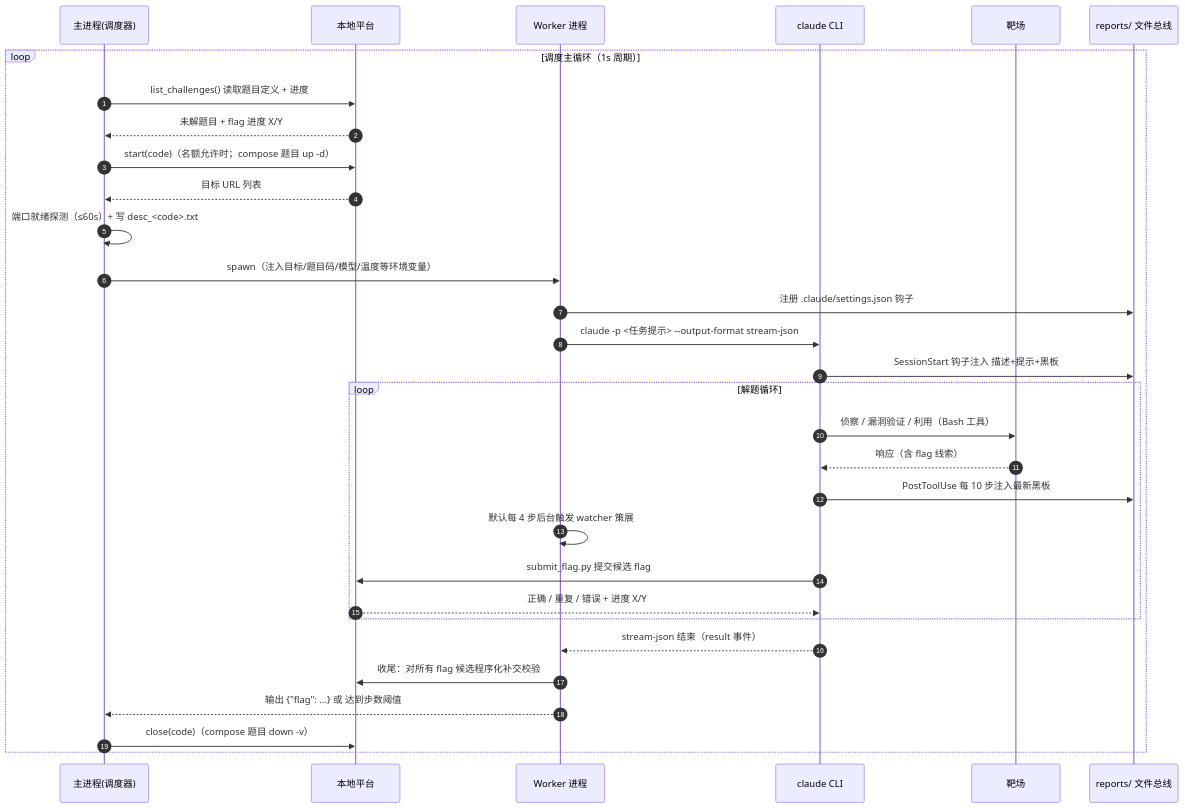
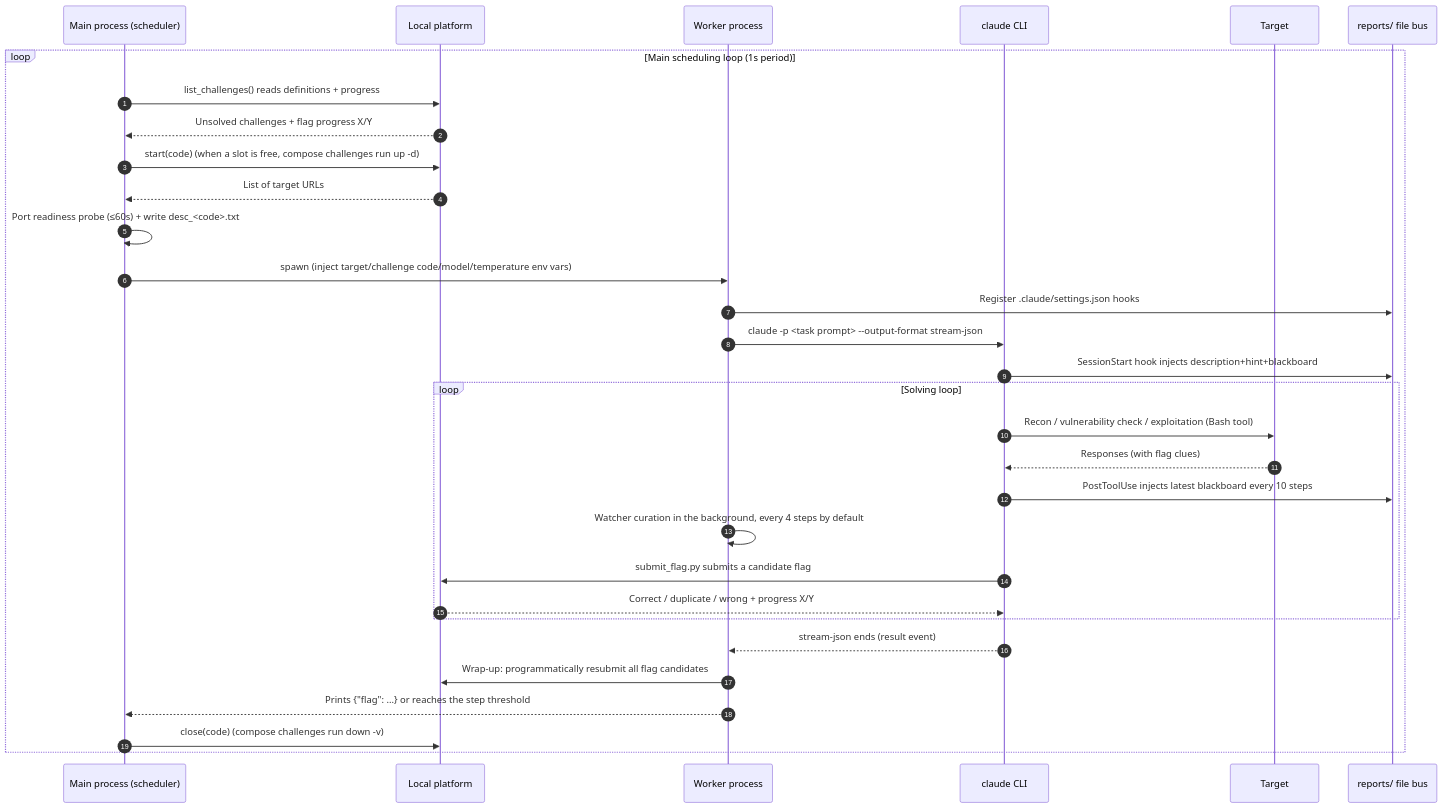
One commit to JiminLee-way/Cruiser-Agent changed the second of 8 diagrams in doc/TECHNICAL_DESIGN.md. Above: the diagram before and after it, drawn with Mermaid. The commit also changed other lines of this file and 35 other files, not shown here.

````diff
--- a/doc/TECHNICAL_DESIGN.md
+++ b/doc/TECHNICAL_DESIGN.md
@@ -154,34 +154,34 @@
 ```mermaid
 sequenceDiagram
     autonumber
-    participant M as 主进程(调度器)
-    participant P as 本地平台
-    participant W as Worker 进程
+    participant M as Main process (scheduler)
+    participant P as Local platform
+    participant W as Worker process
     participant C as claude CLI
-    participant R as 靶场
-    participant F as reports/ 文件总线
+    participant R as Target
+    participant F as reports/ file bus
 
-    loop 调度主循环（1s 周期）
-        M->>P: list_challenges() 读取题目定义 + 进度
-        P-->>M: 未解题目 + flag 进度 X/Y
-        M->>P: start(code)（名额允许时；compose 题目 up -d）
-        P-->>M: 目标 URL 列表
-        M->>M: 端口就绪探测（≤60s）+ 写 desc_<code>.txt
-        M->>W: spawn（注入目标/题目码/模型/温度等环境变量）
-        W->>F: 注册 .claude/settings.json 钩子
-        W->>C: claude -p <任务提示> --output-format stream-json
-        C->>F: SessionStart 钩子注入 描述+提示+黑板
-        loop 解题循环
-            C->>R: 侦察 / 漏洞验证 / 利用（Bash 工具）
-            R-->>C: 响应（含 flag 线索）
-            C->>F: PostToolUse 每 10 步注入最新黑板
-            W->>W: 默认每 4 步后台触发 watcher 策展
-            C->>P: submit_flag.py 提交候选 flag
-            P-->>C: 正确 / 重复 / 错误 + 进度 X/Y
+    loop Main scheduling loop (1s period)
+        M->>P: list_challenges() reads definitions + progress
+        P-->>M: Unsolved challenges + flag progress X/Y
+        M->>P: start(code) (when a slot is free, compose challenges run up -d)
+        P-->>M: List of target URLs
+        M->>M: Port readiness probe (≤60s) + write desc_<code>.txt
+        M->>W: spawn (inject target/challenge code/model/temperature env vars)
+        W->>F: Register .claude/settings.json hooks
+        W->>C: claude -p <task prompt> --output-format stream-json
+        C->>F: SessionStart hook injects description+hint+blackboard
+        loop Solving loop
+            C->>R: Recon / vulnerability check / exploitation (Bash tool)
+            R-->>C: Responses (with flag clues)
+            C->>F: PostToolUse injects latest blackboard every 10 steps
+            W->>W: Watcher curation in the background, every 4 steps by default
+            C->>P: submit_flag.py submits a candidate flag
+            P-->>C: Correct / duplicate / wrong + progress X/Y
         end
-        C-->>W: stream-json 结束（result 事件）
-        W->>P: 收尾：对所有 flag 候选程序化补交校验
-        W-->>M: 输出 {"flag": ...} 或 达到步数阈值
-        M->>P: close(code)（compose 题目 down -v）
+        C-->>W: stream-json ends (result event)
+        W->>P: Wrap-up: programmatically resubmit all flag candidates
+        W-->>M: Prints {"flag": ...} or reaches the step threshold
+        M->>P: close(code) (compose challenges run down -v)
     end
 ```
````
